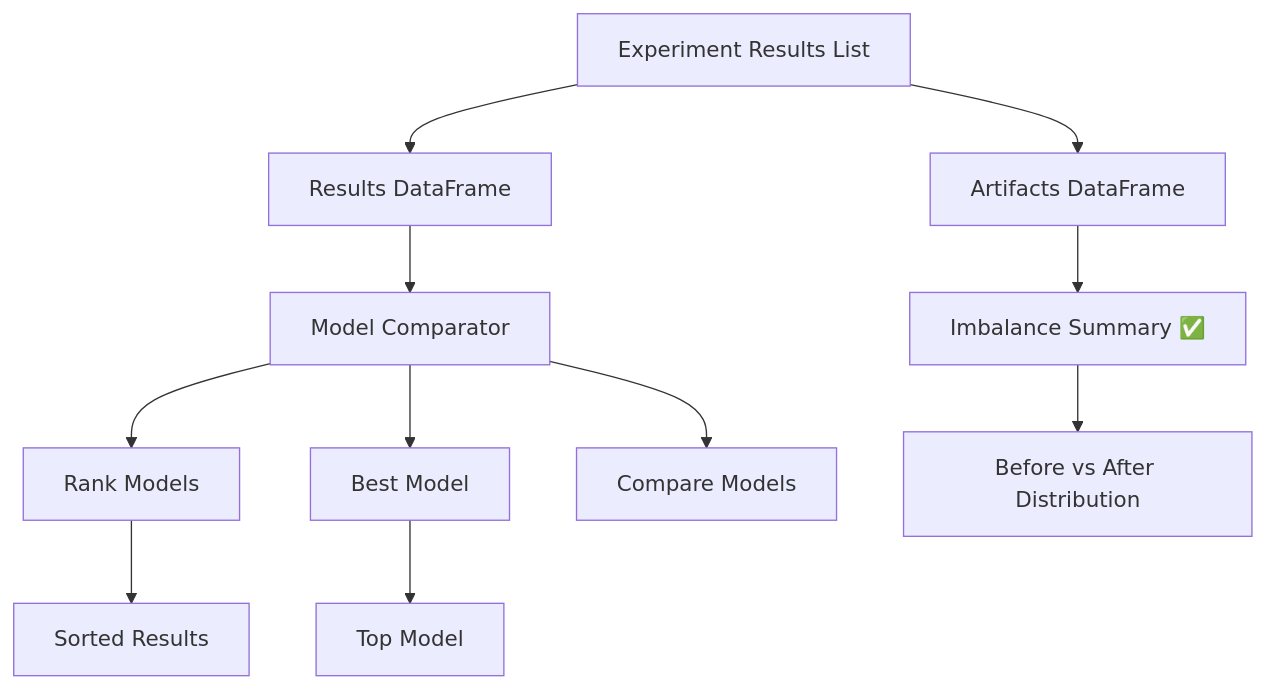
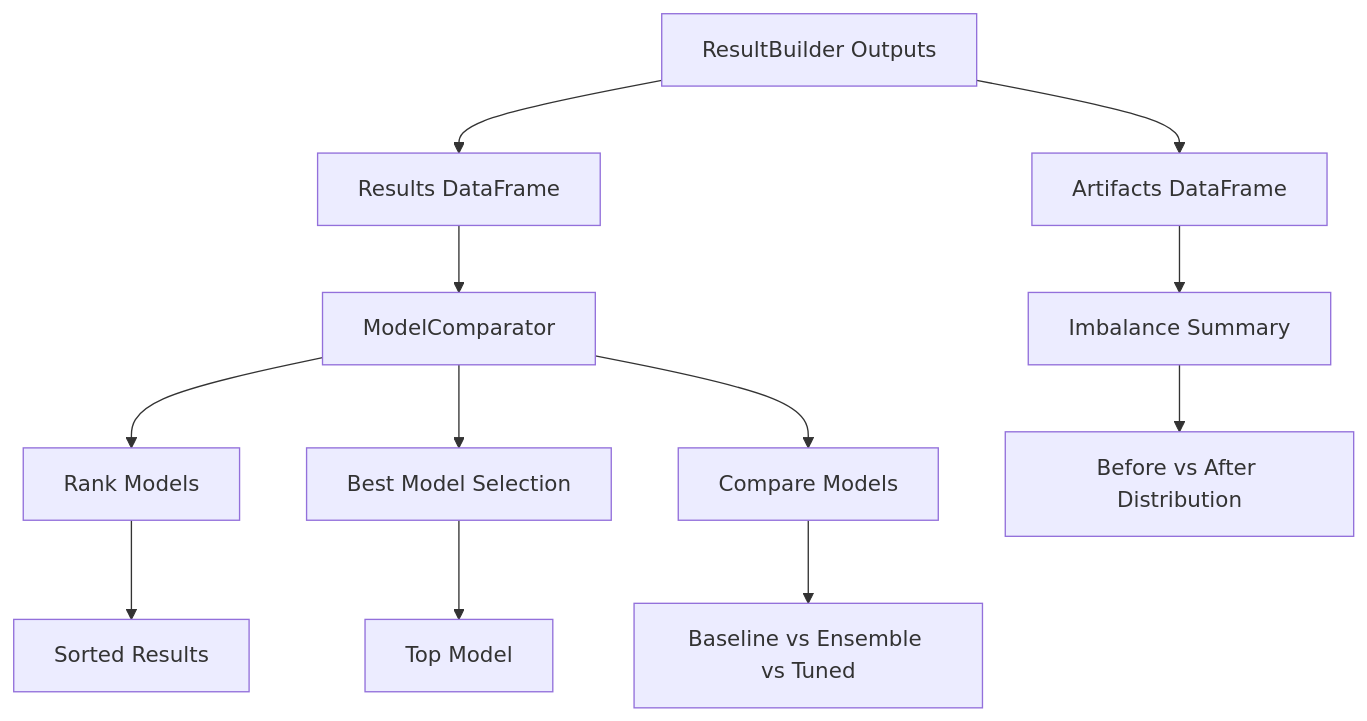
One commit to abhinavssingh/python-learnings changed the fourth of 6 diagrams in lib/utility/machinelearning/README.md. Above: the diagram before and after it, drawn with Mermaid. The commit also changed other lines of this file and 13 other files, not shown here.

````diff
--- a/lib/utility/machinelearning/README.md
+++ b/lib/utility/machinelearning/README.md
@@ -132,19 +147,21 @@
 ```mermaid
 flowchart TD
 
-    A[Experiment Results List] --> B[Results DataFrame]
+    A[ResultBuilder Outputs] --> B[Results DataFrame]
     A --> C[Artifacts DataFrame]
 
-    C --> C1[Imbalance Summary ✅]
+    C --> C1[Imbalance Summary]
 
-    B --> D[Model Comparator]
+    B --> D[ModelComparator]
 
     D --> E[Rank Models]
-    D --> F[Best Model]
+    D --> F[Best Model Selection]
     D --> G[Compare Models]
 
     E --> H[Sorted Results]
     F --> I[Top Model]
 
     C1 --> J[Before vs After Distribution]
+
+    G --> K[Baseline vs Ensemble vs Tuned]
 ```
````
